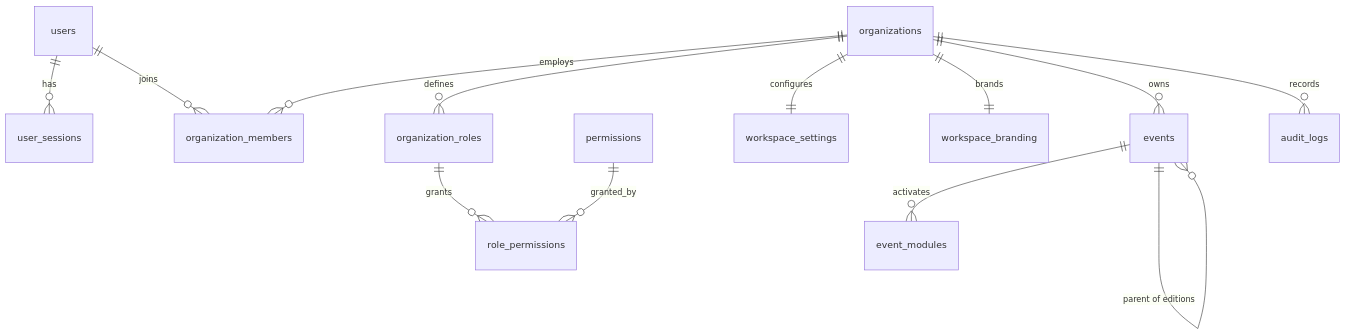
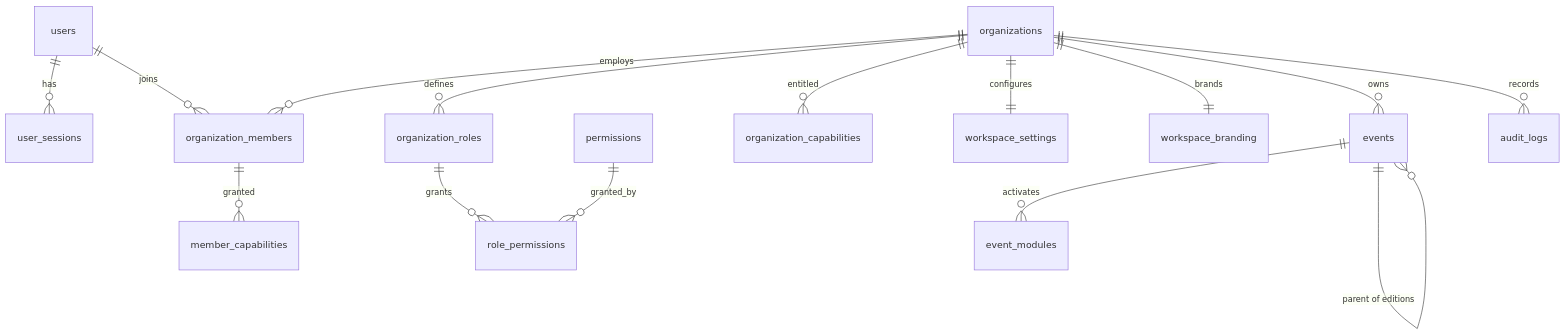
The second of 2 diagrams in docs/02-data-model-and-erd.md (FuturestudiointernalOPS/Event_mngt), drawn with Mermaid before and after one commit. The commit also changed other lines of this file and 10 other files, not shown here.

````diff
--- a/docs/02-data-model-and-erd.md
+++ b/docs/02-data-model-and-erd.md
@@ -69,15 +71,17 @@
 ```mermaid
 erDiagram
     users ||--o{ user_sessions : has
     users ||--o{ organization_members : joins
     organizations ||--o{ organization_members : employs
     organizations ||--o{ organization_roles : defines
     organization_roles ||--o{ role_permissions : grants
     permissions ||--o{ role_permissions : granted_by
+    organizations ||--o{ organization_capabilities : entitled
+    organization_members ||--o{ member_capabilities : granted
     organizations ||--|| workspace_settings : configures
     organizations ||--|| workspace_branding : brands
     organizations ||--o{ events : owns
     events ||--o{ event_modules : activates
     events ||--o{ events : "parent of editions"
     organizations ||--o{ audit_logs : records
 ```
````
